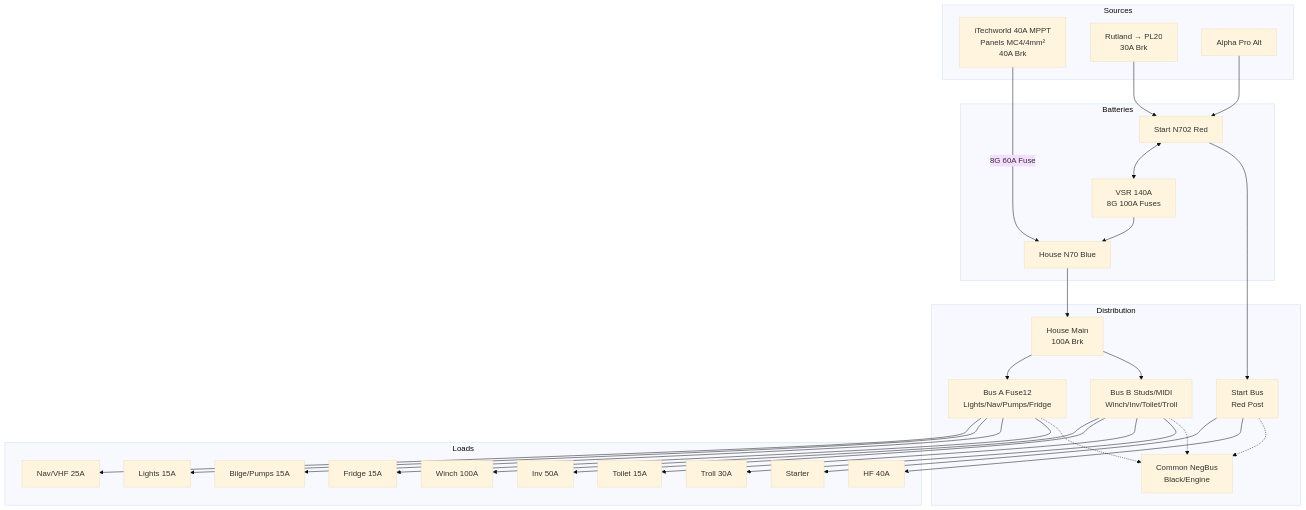
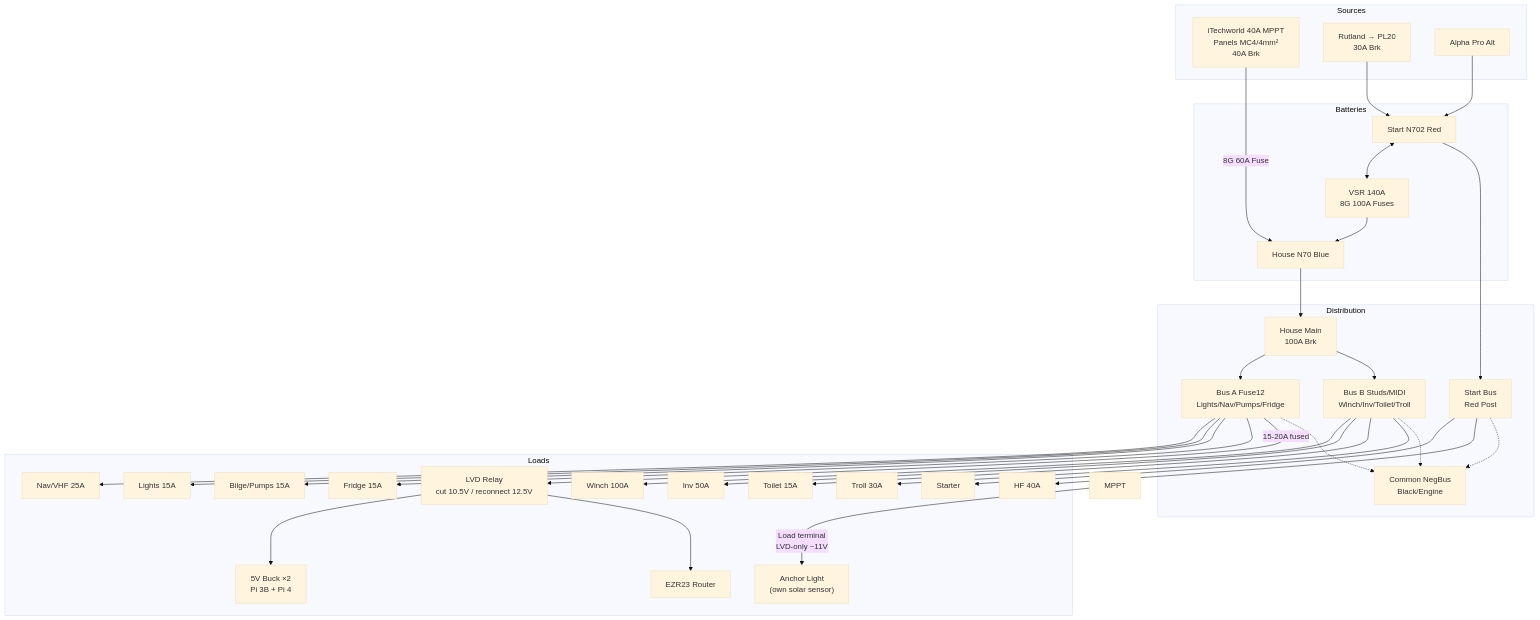
Before and after one commit to botheredbybees/pypilot4arion: the diagram in docs/rewiring_house_loads - 12v.md, drawn with Mermaid (base theme). The commit also changed other lines of this file and 1 other file, not shown here.

Commit message:
updated docs for bilge pump connection before battery isolator, put anchor light on mppt load terminals to protect battery overnight

````diff
--- a/docs/rewiring_house_loads - 12v.md
+++ b/docs/rewiring_house_loads - 12v.md
@@ -28,61 +28,69 @@
 ```mermaid
 graph TD
     subgraph "Sources"
         Solar["iTechworld 40A MPPT<br/>Panels MC4/4mm²<br/>40A Brk"]
         Wind["Rutland → PL20<br/>30A Brk"]
         Alt["Alpha Pro Alt"]
     end
     
     subgraph "Batteries"
         StartBat["Start N702 Red"]
         HouseBat["House N70 Blue"]
         VSR["VSR 140A<br/>8G 100A Fuses"]
     end
     
     subgraph "Distribution"
         StartBus["Start Bus<br/>Red Post"]
         HouseMain["House Main<br/>100A Brk"]
         BusA["Bus A Fuse12<br/>Lights/Nav/Pumps/Fridge"]
         BusB["Bus B Studs/MIDI<br/>Winch/Inv/Toilet/Troll"]
         NegBus["Common NegBus<br/>Black/Engine"]
     end
     
     subgraph "Loads"
         Starter["Starter"]
         HF["HF 40A"]
         Nav["Nav/VHF 25A"]
         Lights["Lights 15A"]
         Pumps["Bilge/Pumps 15A"]
         Fridge["Fridge 15A"]
         Winch["Winch 100A"]
         Inv["Inv 50A"]
         Toilet["Toilet 15A"]
         Troll["Troll 30A"]
+        LVD["LVD Relay<br/>cut 10.5V / reconnect 12.5V"]
+        PiBucks["5V Buck ×2<br/>Pi 3B + Pi 4"]
+        Router["EZR23 Router"]
+        AnchorLight["Anchor Light<br/>(own solar sensor)"]
     end
     
     Solar -->|"8G 60A Fuse"| HouseBat
     Wind --> StartBat
     Alt --> StartBat
     StartBat <--> VSR
     VSR --> HouseBat
     
     StartBat --> StartBus
     HouseBat --> HouseMain
     HouseMain --> BusA
     HouseMain --> BusB
     
     StartBus --> Starter
     StartBus --> HF
     BusA --> Nav
     BusA --> Lights
     BusA --> Pumps
     BusA --> Fridge
+    BusA -->|"15-20A fused"| LVD
+    LVD --> PiBucks
+    LVD --> Router
     BusB --> Winch
     BusB --> Inv
     BusB --> Toilet
     BusB --> Troll
+    MPPT -->|"Load terminal<br/>LVD-only ~11V"| AnchorLight
     
     StartBus -.-> NegBus
     BusA -.-> NegBus
     BusB -.-> NegBus
 ```
````
